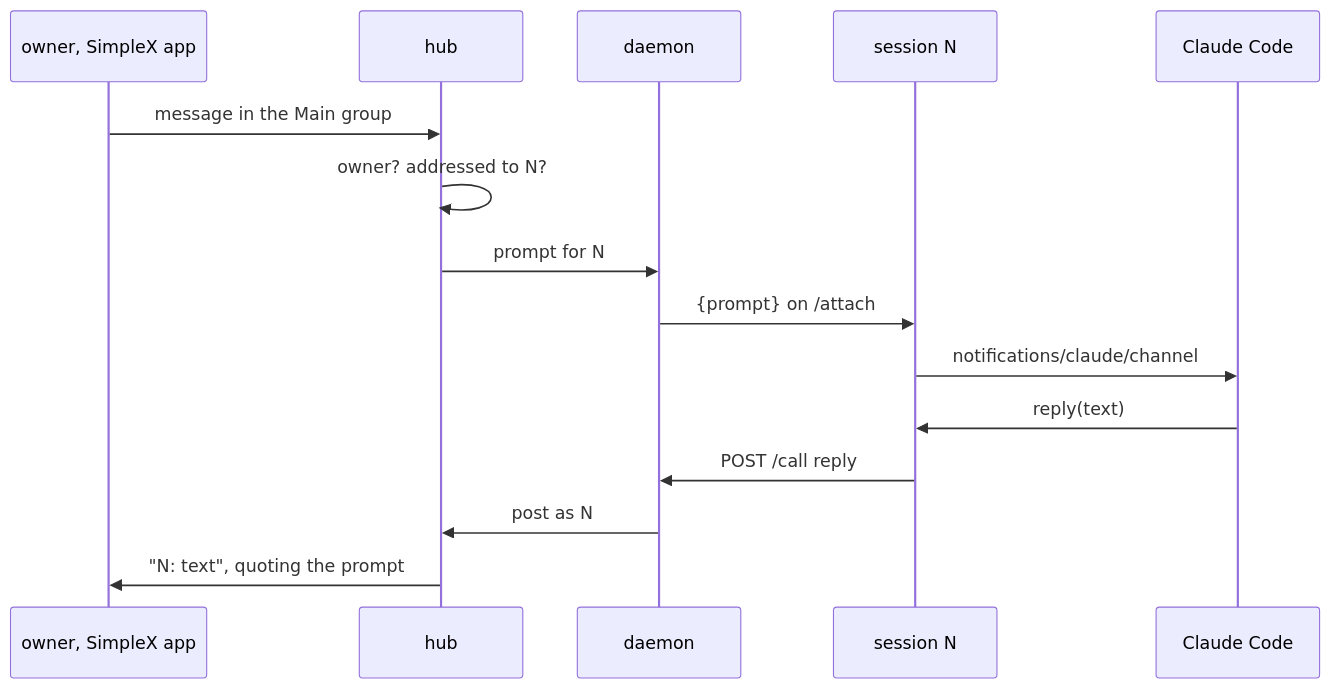
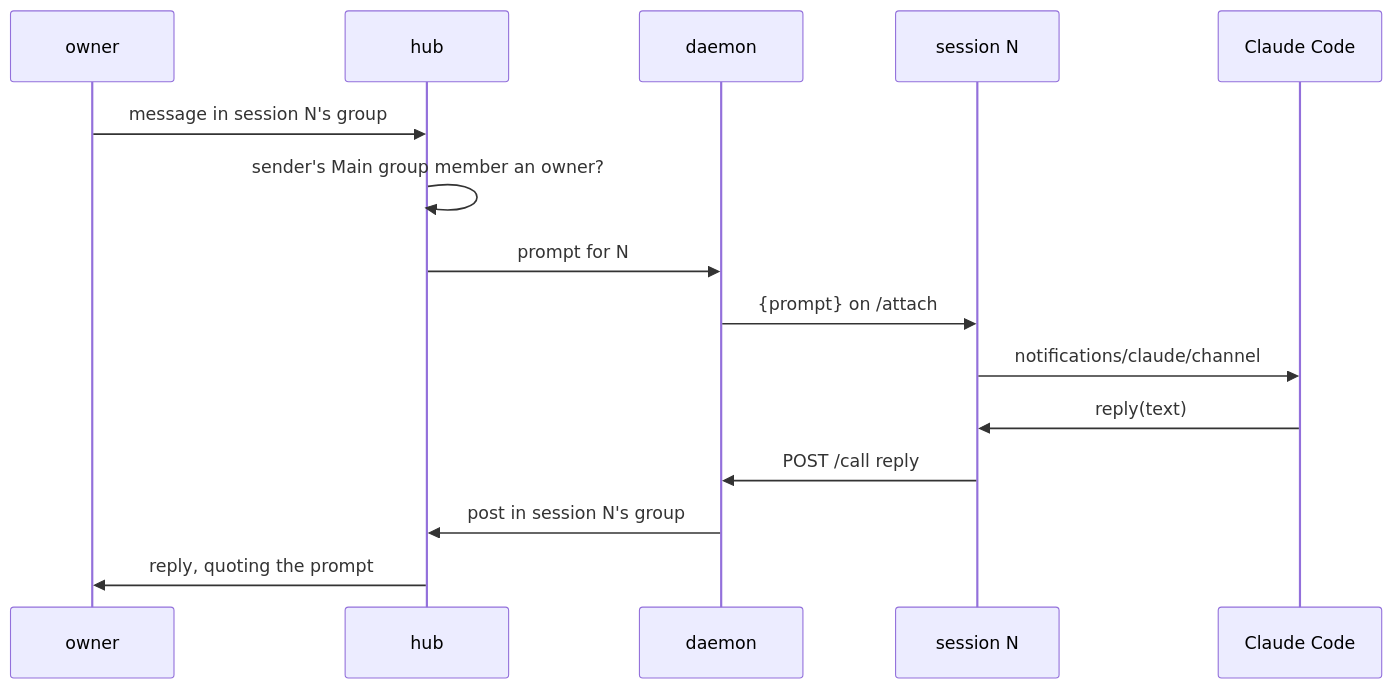
The third of 5 diagrams in plans/2026-11-07-mcp-claude-code-channel.md (simplex-chat/simplex-chat), drawn with Mermaid before and after one commit. The commit also changed other lines of this file, not shown here.

Commit message:
docs: MCP plan, a group per session

````diff
--- a/plans/2026-11-07-mcp-claude-code-channel.md
+++ b/plans/2026-11-07-mcp-claude-code-channel.md
@@ -117,17 +176,17 @@
 ```mermaid
 sequenceDiagram
-  participant O as owner, SimpleX app
+  participant O as owner
   participant H as hub
   participant D as daemon
   participant S as session N
   participant C as Claude Code
-  O->>H: message in the Main group
-  H->>H: owner? addressed to N?
+  O->>H: message in session N's group
+  H->>H: sender's Main group member an owner?
   H->>D: prompt for N
   D->>S: {prompt} on /attach
   S->>C: notifications/claude/channel
   C->>S: reply(text)
   S->>D: POST /call reply
-  D->>H: post as N
-  H->>O: "N: text", quoting the prompt
+  D->>H: post in session N's group
+  H->>O: reply, quoting the prompt
 ```
````
